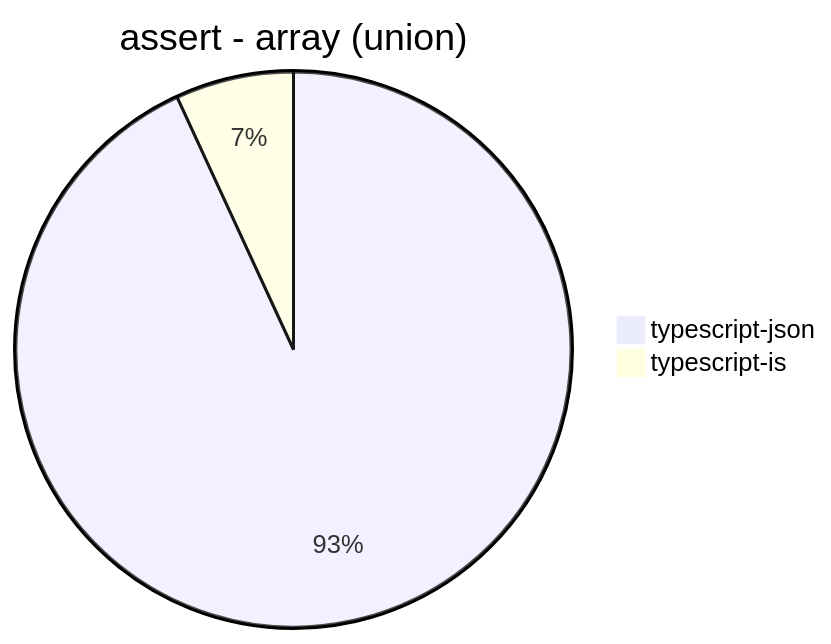
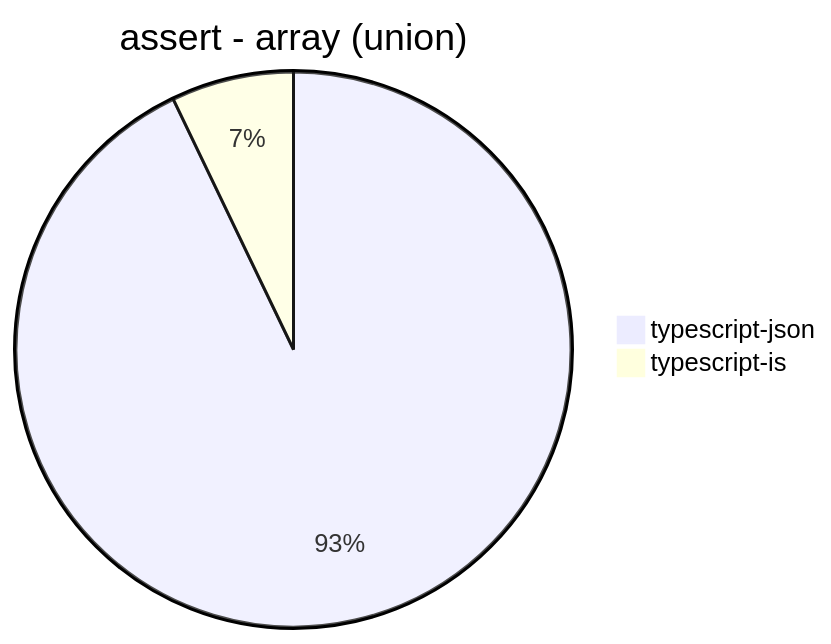
One commit to samchon/typia changed the fifth of 30 diagrams in benchmark/results/Apple M1 Pro.md. Above: the diagram before and after it, drawn with Mermaid. The commit also changed other lines of this file, not shown here.

````diff
--- a/benchmark/results/Apple M1 Pro.md
+++ b/benchmark/results/Apple M1 Pro.md
@@ -45,5 +45,5 @@
 ```mermaid
 pie title assert - array (union)
-  "typescript-json": 2970.4549574043863
-  "typescript-is": 219.35601902671056
+  "typescript-json": 3881.35593220339
+  "typescript-is": 297.8684971098266
 ```
````
